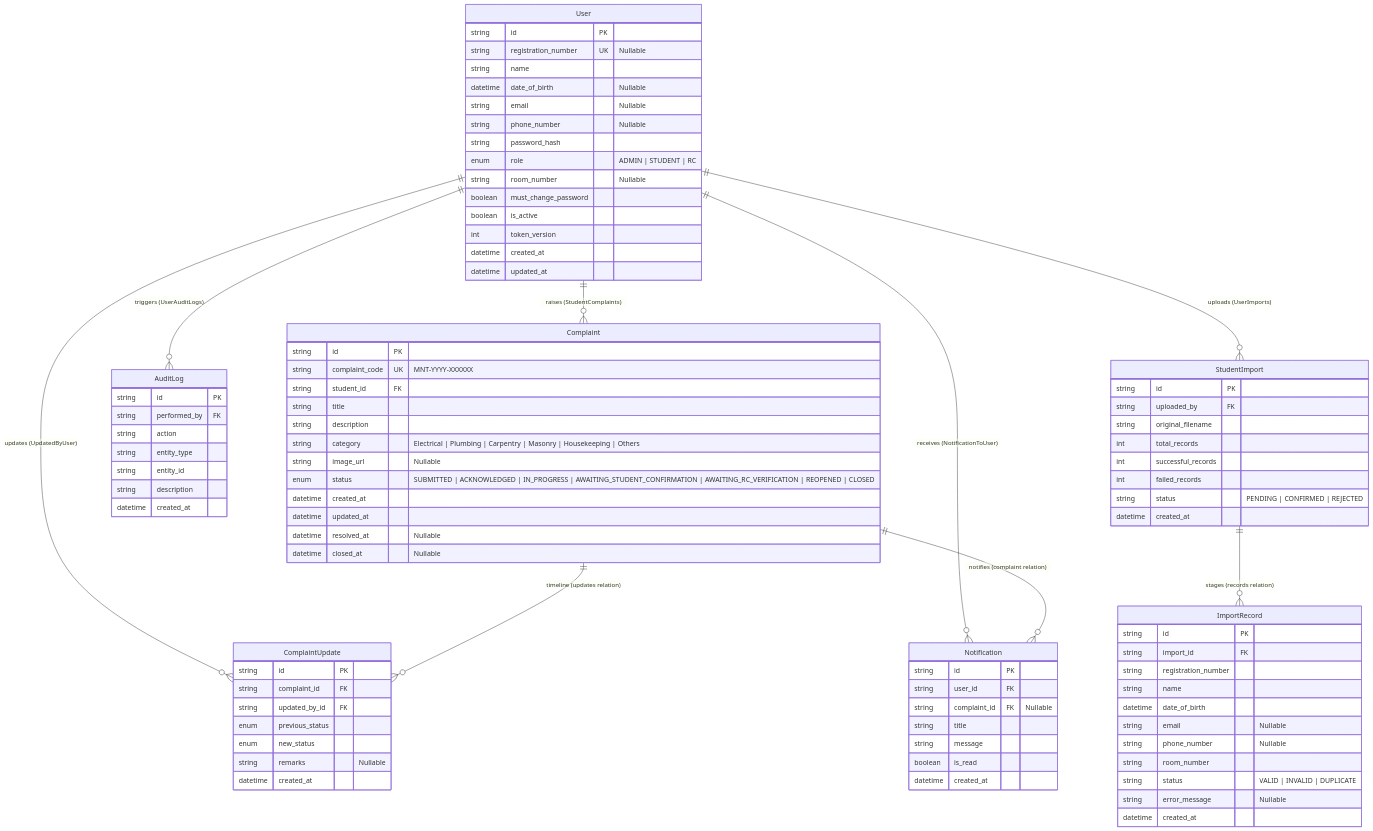
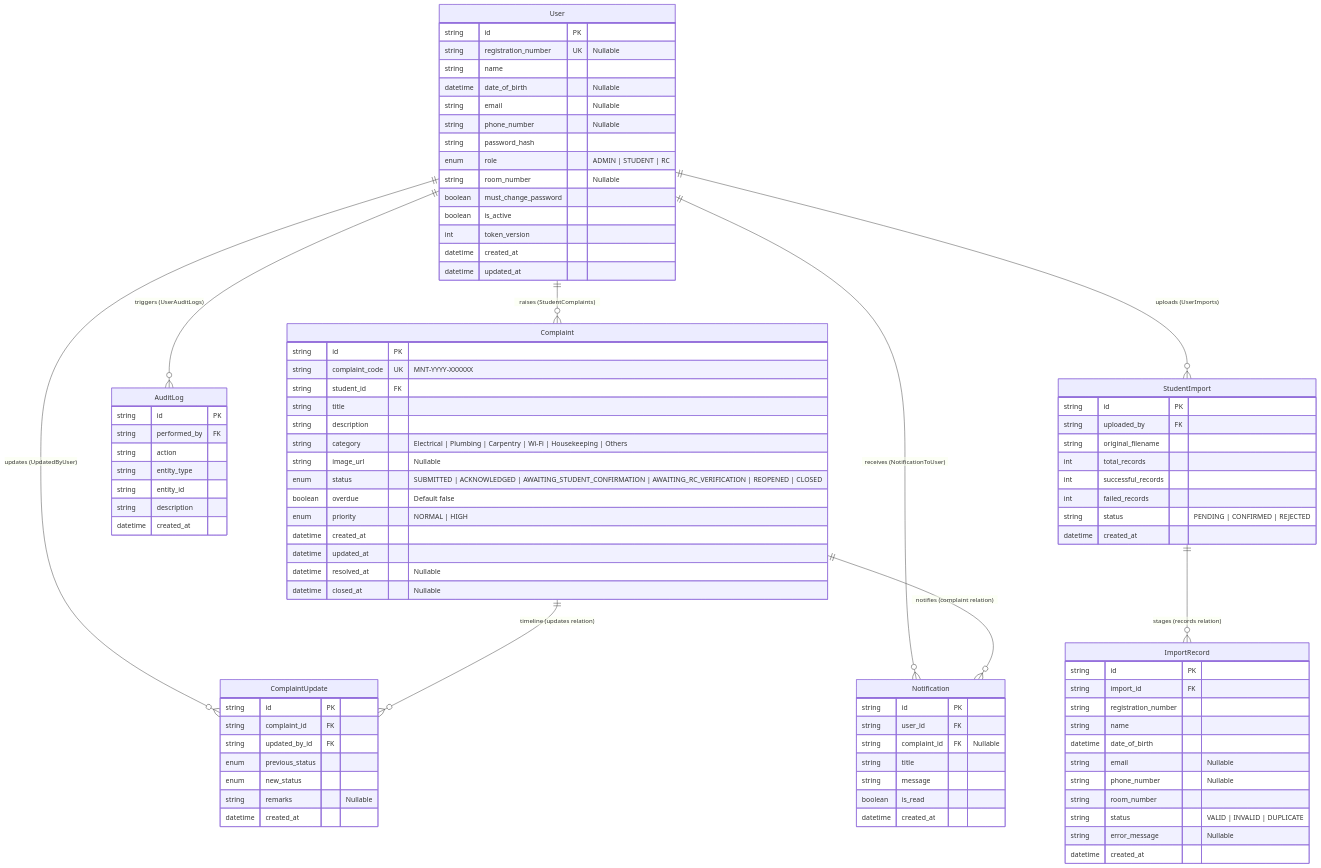
One commit to ThariqAzees/Hostel-Complaint-System changed the diagram in database.md. Above: the diagram before and after it, drawn with Mermaid. The commit also changed other lines of this file and 45 other files, not shown here.

```diff
--- a/database.md
+++ b/database.md
@@ -44,9 +44,11 @@
         string student_id FK
         string title
         string description
-        string category "Electrical | Plumbing | Carpentry | Masonry | Housekeeping | Others"
+        string category "Electrical | Plumbing | Carpentry | Wi-Fi | Housekeeping | Others"
         string image_url "Nullable"
-        enum status "SUBMITTED | ACKNOWLEDGED | IN_PROGRESS | AWAITING_STUDENT_CONFIRMATION | AWAITING_RC_VERIFICATION | REOPENED | CLOSED"
+        enum status "SUBMITTED | ACKNOWLEDGED | AWAITING_STUDENT_CONFIRMATION | AWAITING_RC_VERIFICATION | REOPENED | CLOSED"
+        boolean overdue "Default false"
+        enum priority "NORMAL | HIGH"
         datetime created_at
         datetime updated_at
         datetime resolved_at "Nullable"
```
